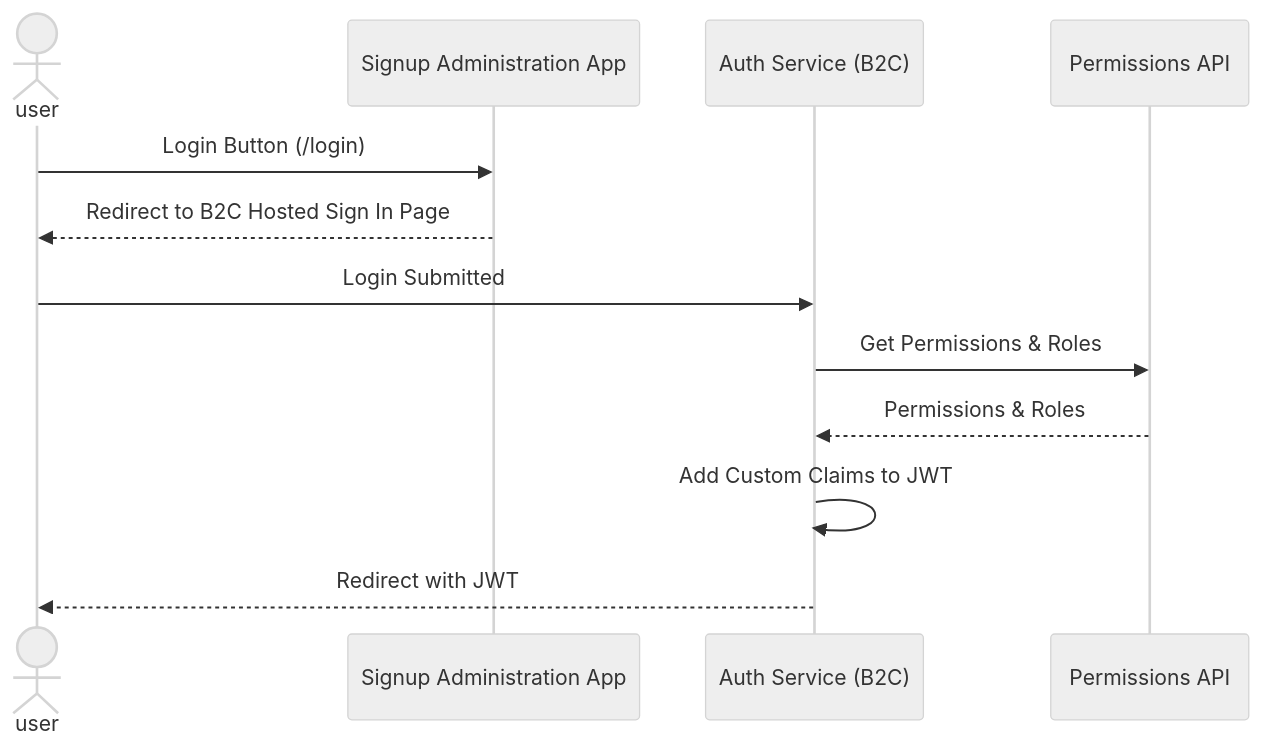
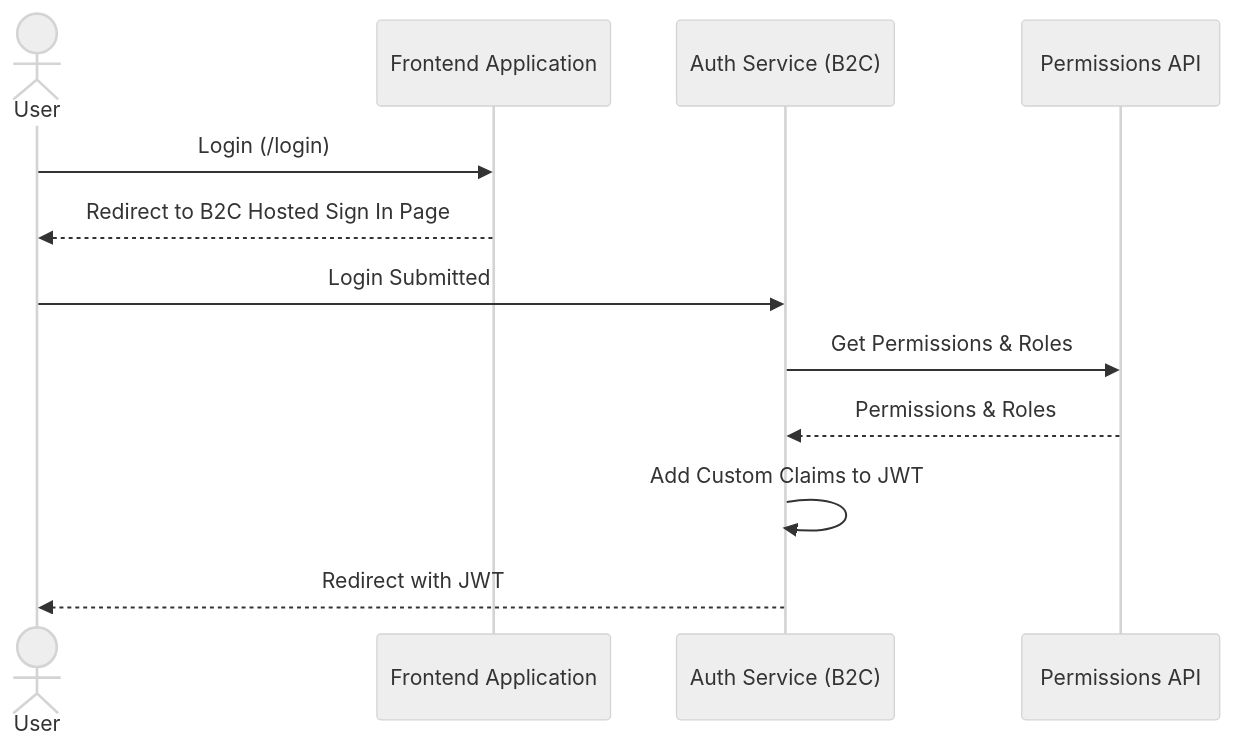
The second of 3 diagrams in docs/azure-saas-docs/content/en/components/Identity/identity-flows.md (Azure/azure-saas), drawn with Mermaid (neutral theme) before and after one commit. The commit also changed other lines of this file and 9 other files, not shown here.

````diff
--- a/docs/azure-saas-docs/content/en/components/Identity/identity-flows.md
+++ b/docs/azure-saas-docs/content/en/components/Identity/identity-flows.md
@@ -25,16 +25,16 @@
 ```mermaid
 sequenceDiagram  
-actor user 
-participant frontend as Signup Administration App
+actor user as User
+participant frontend as Frontend Application
 participant auth as Auth Service (B2C)
 participant perm as Permissions API
 
 
-user->>frontend : Login Button (/login)
+user->>frontend : Login (/login)
 frontend-->>user : Redirect to B2C Hosted Sign In Page
 user->>auth : Login Submitted
 auth->>perm : Get Permissions & Roles
 perm-->>auth : Permissions & Roles
 auth->>auth : Add Custom Claims to JWT
 auth-->>user : Redirect with JWT
 ```
````
